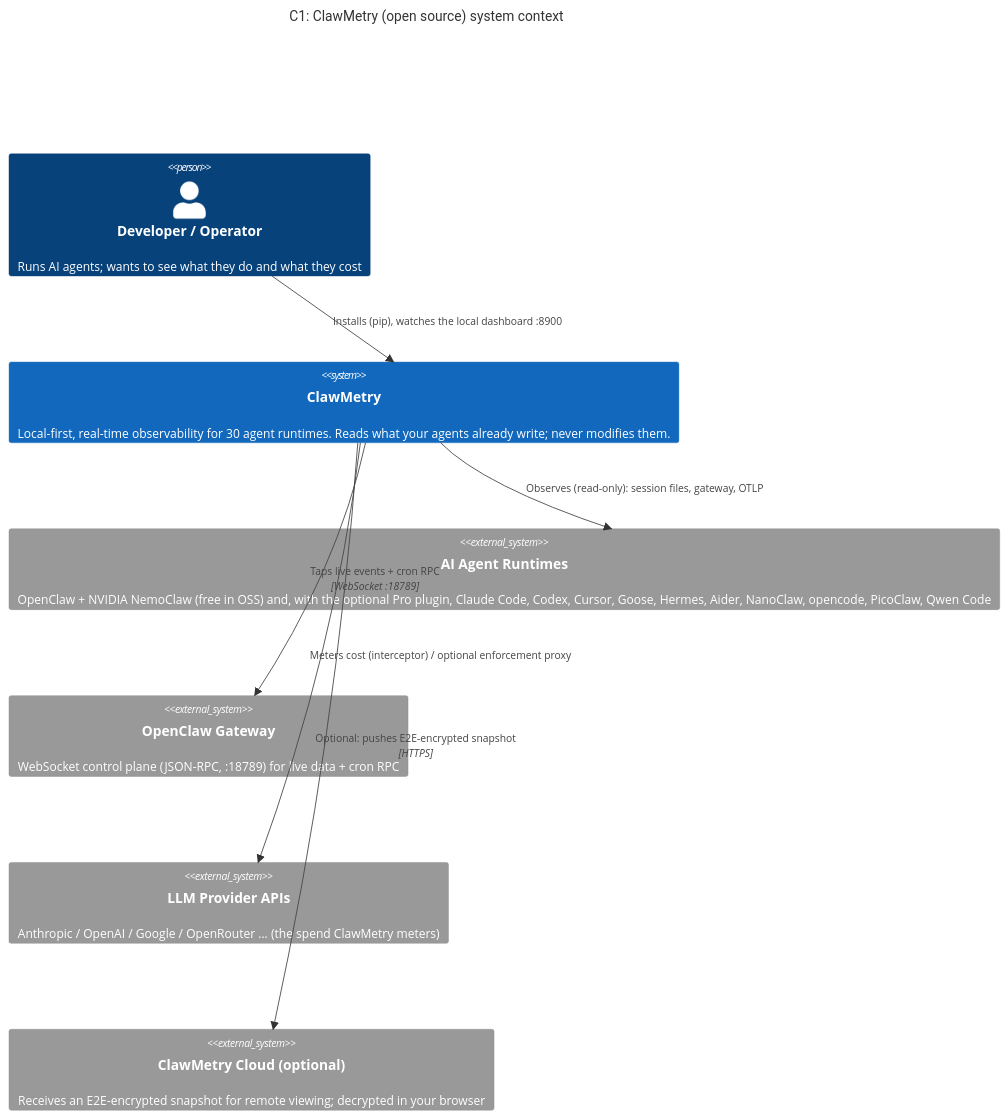
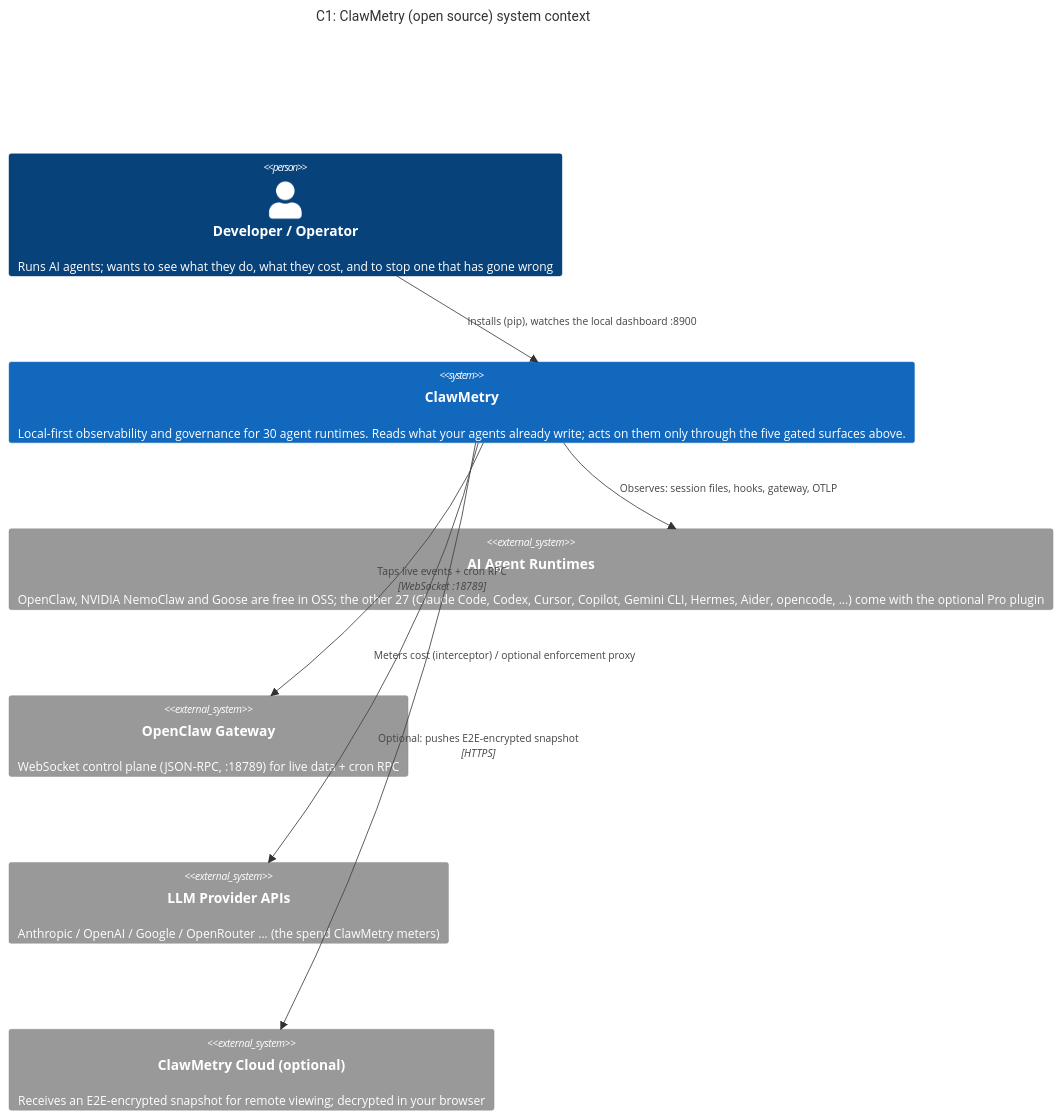
The first of 2 diagrams in ARCHITECTURE.md (vivekchand/clawmetry), drawn with Mermaid before and after one commit. The commit also changed other lines of this file and 14 other files, not shown here.

First line of the commit message:
Make the architecture docs true again, and generate the part that keeps drifting

````diff
--- a/ARCHITECTURE.md
+++ b/ARCHITECTURE.md
@@ -37,18 +94,18 @@
 ```mermaid
 C4Context
 title C1: ClawMetry (open source) system context
 
-Person(dev, "Developer / Operator", "Runs AI agents; wants to see what they do and what they cost")
-System(clawmetry, "ClawMetry", "Local-first, real-time observability for 30 agent runtimes. Reads what your agents already write; never modifies them.")
+Person(dev, "Developer / Operator", "Runs AI agents; wants to see what they do, what they cost, and to stop one that has gone wrong")
+System(clawmetry, "ClawMetry", "Local-first observability and governance for 30 agent runtimes. Reads what your agents already write; acts on them only through the five gated surfaces above.")
 
-System_Ext(runtimes, "AI Agent Runtimes", "OpenClaw + NVIDIA NemoClaw (free in OSS) and, with the optional Pro plugin, Claude Code, Codex, Cursor, Goose, Hermes, Aider, NanoClaw, opencode, PicoClaw, Qwen Code")
+System_Ext(runtimes, "AI Agent Runtimes", "OpenClaw, NVIDIA NemoClaw and Goose are free in OSS; the other 27 (Claude Code, Codex, Cursor, Copilot, Gemini CLI, Hermes, Aider, opencode, ...) come with the optional Pro plugin")
 System_Ext(gateway, "OpenClaw Gateway", "WebSocket control plane (JSON-RPC, :18789) for live data + cron RPC")
 System_Ext(llm, "LLM Provider APIs", "Anthropic / OpenAI / Google / OpenRouter ... (the spend ClawMetry meters)")
 System_Ext(cloud, "ClawMetry Cloud (optional)", "Receives an E2E-encrypted snapshot for remote viewing; decrypted in your browser")
 
 Rel(dev, clawmetry, "Installs (pip), watches the local dashboard :8900")
-Rel(clawmetry, runtimes, "Observes (read-only): session files, gateway, OTLP")
+Rel(clawmetry, runtimes, "Observes: session files, hooks, gateway, OTLP")
 Rel(clawmetry, gateway, "Taps live events + cron RPC", "WebSocket :18789")
 Rel(clawmetry, llm, "Meters cost (interceptor) / optional enforcement proxy")
 Rel(clawmetry, cloud, "Optional: pushes E2E-encrypted snapshot", "HTTPS")
 ```
````
